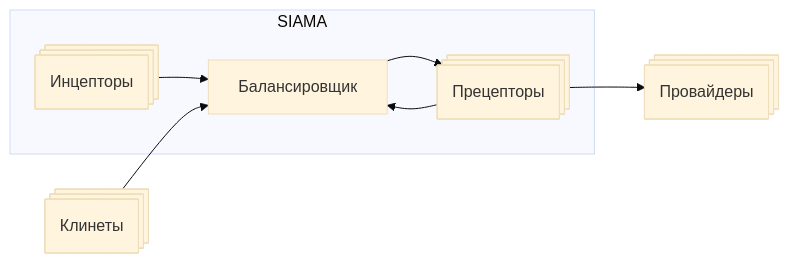
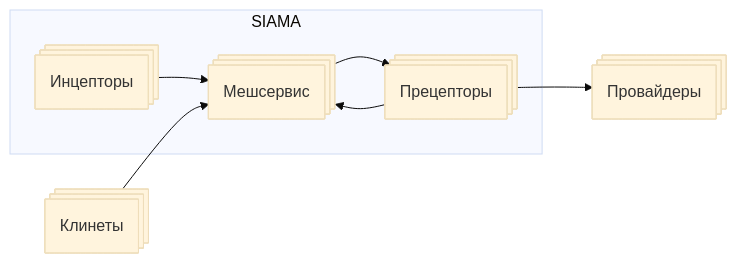
The fifth of 5 diagrams in ru/siama.md (johnthesmith/scraps), drawn with Mermaid (base theme) before and after one commit. The commit also changed other lines of this file, not shown here.

````diff
--- a/ru/siama.md
+++ b/ru/siama.md
@@ -148,18 +156,18 @@
 ```mermaid
 flowchart LR
     
     subgraph SIAMA
         inceptor([Инцепторы])@{ shape: processes }
         preceptor([Прецепторы])@{ shape: processes }
-        balancer[Балансировщик]
+        mesh[Мешсервис]@{ shape: processes }
     end
 
     provider(Провайдеры)@{ shape: processes }
     client(Клинеты)@{ shape: processes }
 
     preceptor --> provider
-    inceptor --> balancer
-    client --> balancer
-    preceptor --> balancer
-    balancer --> preceptor
+    inceptor --> mesh
+    client --> mesh
+    preceptor --> mesh
+    mesh --> preceptor
 ```
````
